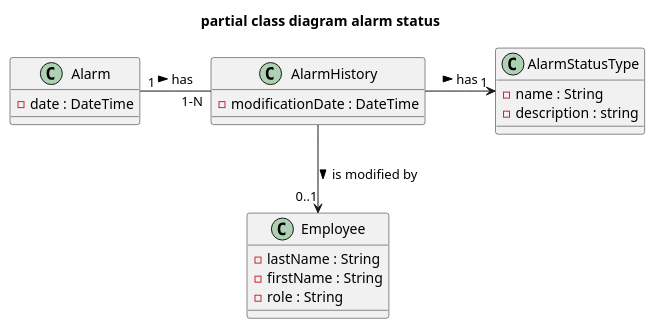
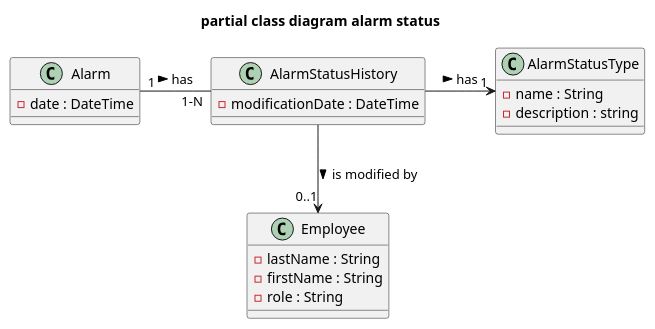
Before and after one commit to S0lth/UIT_manager: the diagram in Doc/Diagrams/original/3_Partial_class_diagram_alarm_status.wsd, drawn with PlantUML. The commit also changed 3 other files, not shown here.

First line of the commit message:
correction(alarm status)

```diff
--- a/Doc/Diagrams/original/3_Partial_class_diagram_alarm_status.wsd
+++ b/Doc/Diagrams/original/3_Partial_class_diagram_alarm_status.wsd
@@ -1,25 +1,25 @@
 @startuml
 title partial class diagram alarm status
 Class Alarm{
 - date : DateTime
 }
 
-class AlarmHistory{
+class AlarmStatusHistory{
 -modificationDate : DateTime
 }
 
 class AlarmStatusType{
 - name : String
 - description : string
 }
 
 class Employee{
 - lastName : String
 - firstName : String 
 - role : String
 }
 
-Alarm "1" --right-- "1-N" AlarmHistory: "has >"
-AlarmStatusType "1" <--left-- AlarmHistory: "< has"
-AlarmHistory --> "0..1" Employee : "is modified by >"
+Alarm "1" --right-- "1-N" AlarmStatusHistory: "has >"
+AlarmStatusType "1" <--left-- AlarmStatusHistory: "< has"
+AlarmStatusHistory --> "0..1" Employee : "is modified by >"
 @enduml
```
